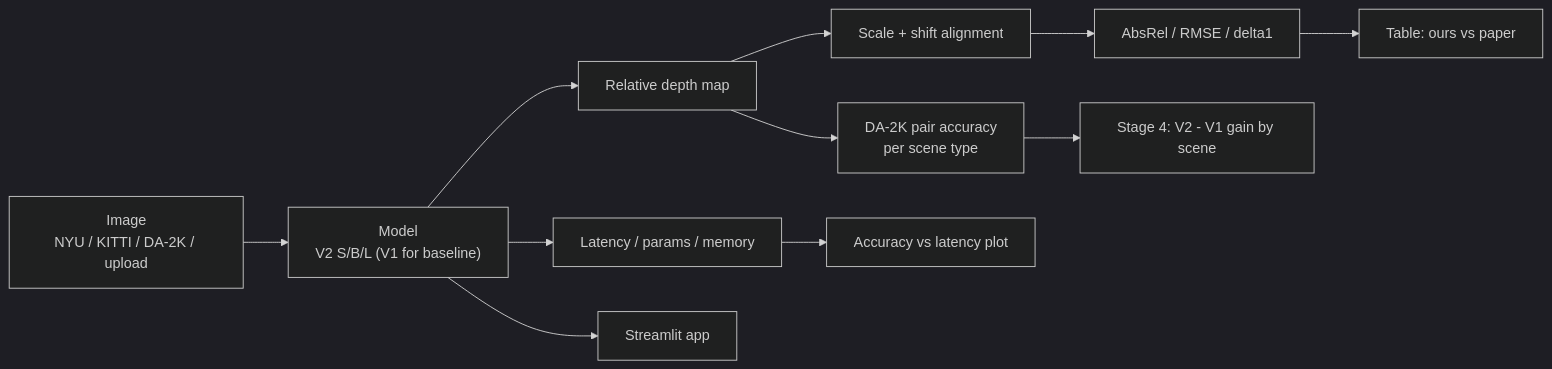
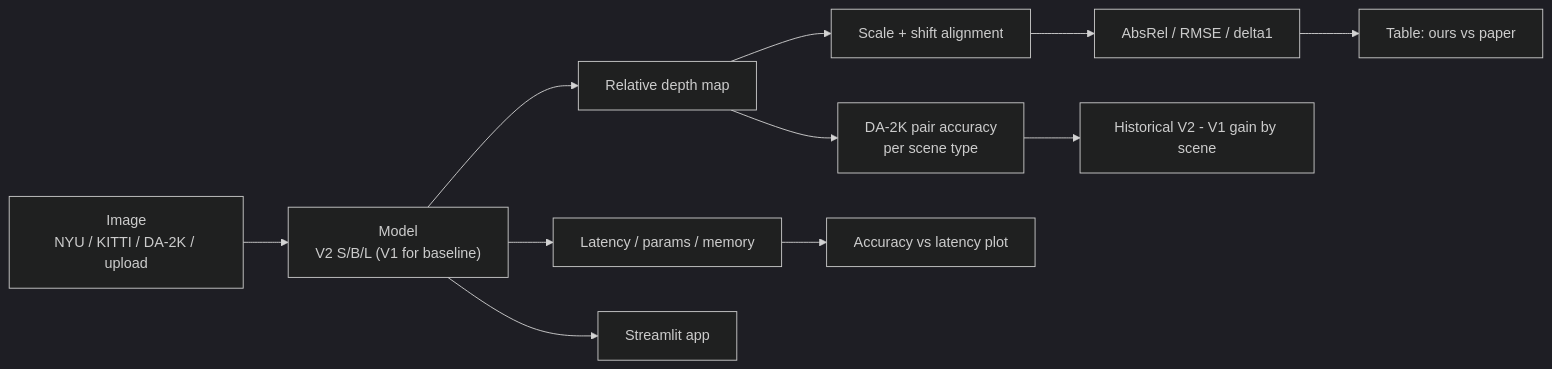
The second of 2 diagrams in docs/DESIGN.md (ayyansohail/depth-anything-v2-reproduction), drawn with Mermaid (dark theme) before and after one commit. The commit also changed other lines of this file and 24 other files, not shown here.

````diff
--- a/docs/DESIGN.md
+++ b/docs/DESIGN.md
@@ -15,9 +15,9 @@
 ```mermaid
 flowchart LR
   IMG["Image<br/>NYU / KITTI / DA-2K / upload"] --> M["Model<br/>V2 S/B/L (V1 for baseline)"]
   M --> D["Relative depth map"]
   D --> AL["Scale + shift alignment"] --> MET["AbsRel / RMSE / delta1"] --> CMP["Table: ours vs paper"]
-  D --> PA["DA-2K pair accuracy<br/>per scene type"] --> EXP["Stage 4: V2 - V1 gain by scene"]
+  D --> PA["DA-2K pair accuracy<br/>per scene type"] --> EXP["Historical V2 - V1 gain by scene"]
   M --> LAT["Latency / params / memory"] --> TR["Accuracy vs latency plot"]
   M --> APP["Streamlit app"]
 ```
````
